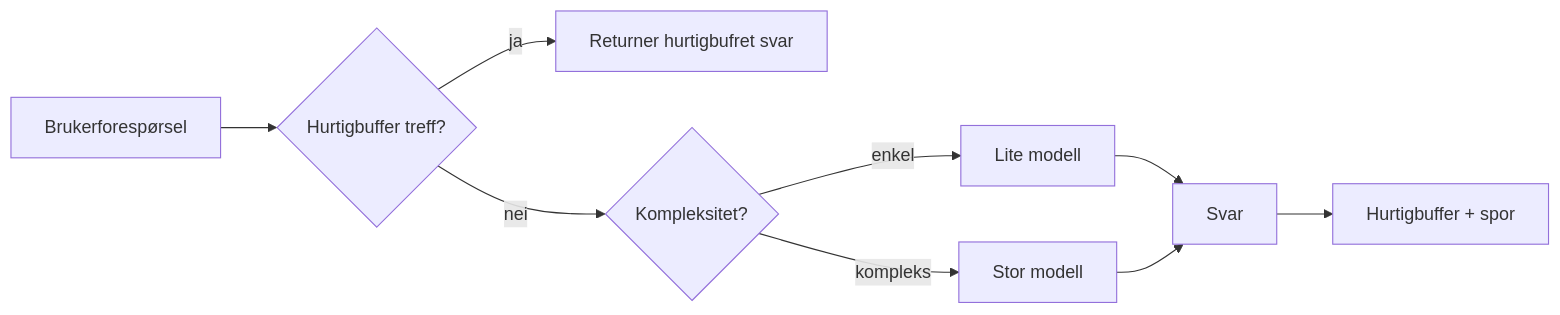
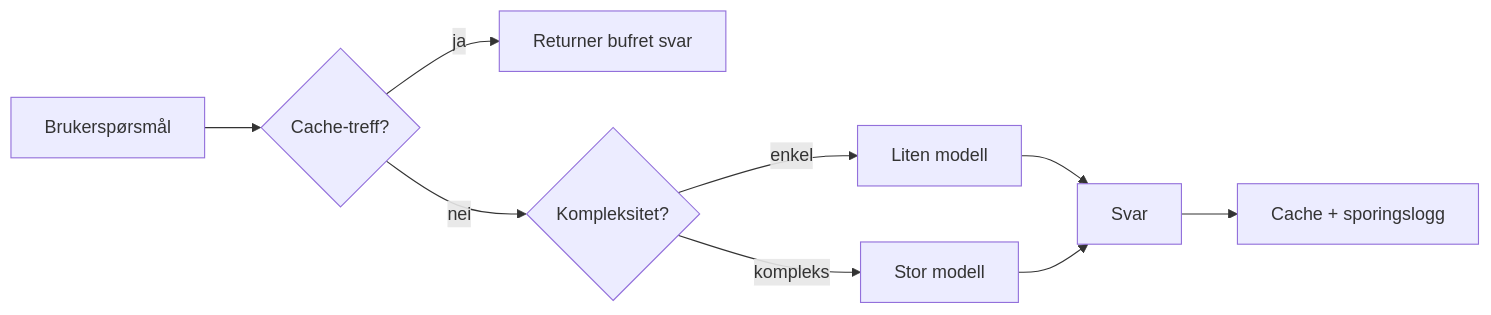
The third of 4 diagrams in translations/no/16-deploying-scalable-agents/README.md (microsoft/ai-agents-for-beginners), drawn with Mermaid before and after one commit. The commit also changed other lines of this file and 47 other files, not shown here.

````diff
--- a/translations/no/16-deploying-scalable-agents/README.md
+++ b/translations/no/16-deploying-scalable-agents/README.md
@@ -134,11 +134,11 @@
 ```mermaid
 flowchart LR
-    Q[Brukerforespørsel] --> C{Hurtigbuffer treff?}
-    C -->|ja| R[Returner hurtigbufret svar]
+    Q[Brukerspørsmål] --> C{Cache-treff?}
+    C -->|ja| R[Returner bufret svar]
     C -->|nei| Router{Kompleksitet?}
-    Router -->|enkel| SLM[Lite modell]
+    Router -->|enkel| SLM[Liten modell]
     Router -->|kompleks| LLM[Stor modell]
     SLM --> Out[Svar]
     LLM --> Out
-    Out --> Store[Hurtigbuffer + spor]
+    Out --> Store[Cache + sporingslogg]
 ```
````
